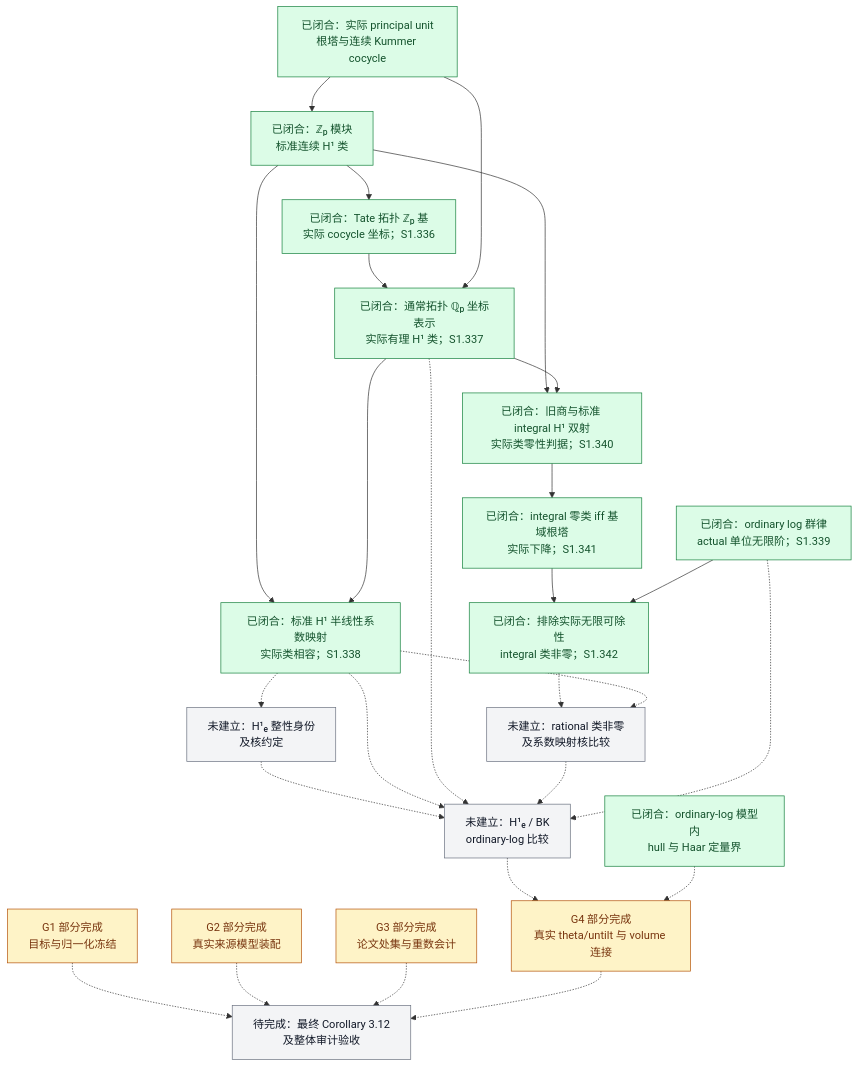
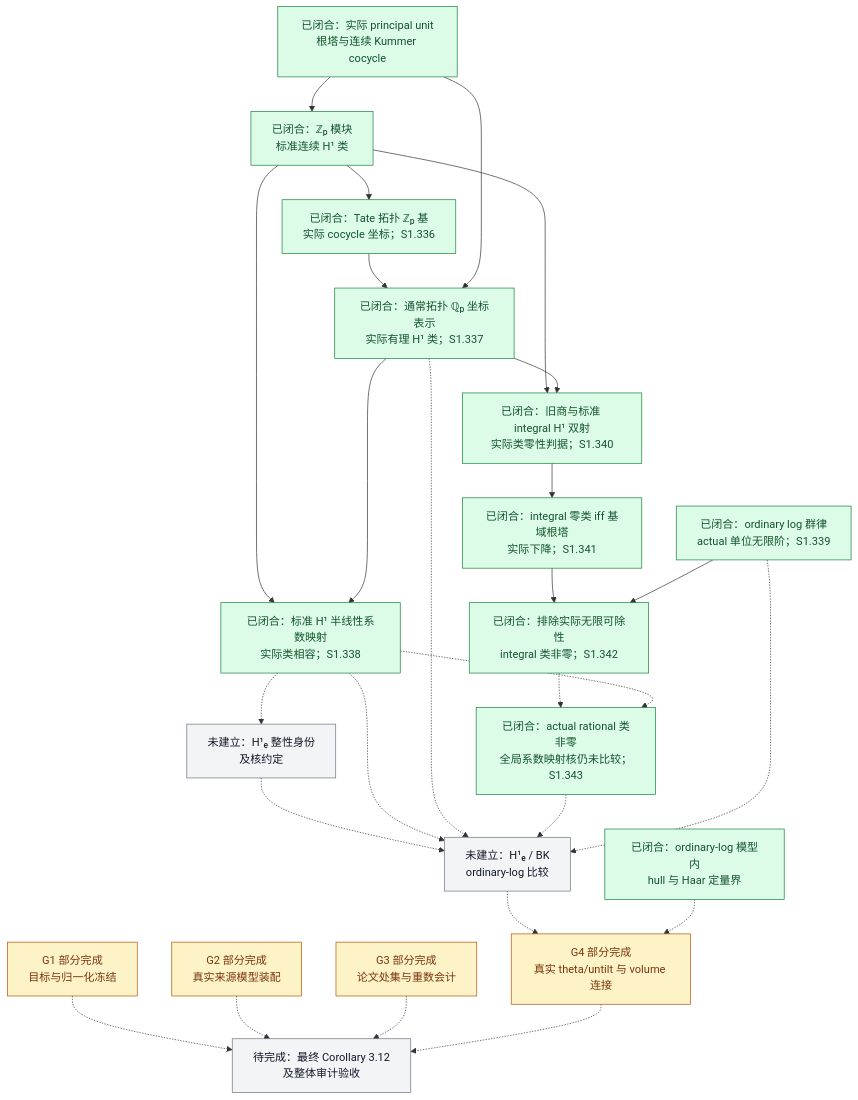
Before and after one commit to Ember-Institute/KirtiJoshi-abc: the diagram in docs/Scene1进度总览.md, drawn with Mermaid. The commit also changed other lines of this file and 4 other files, not shown here.

````diff
--- a/docs/Scene1进度总览.md
+++ b/docs/Scene1进度总览.md
@@ -75,54 +75,55 @@
 ```mermaid
 flowchart TD
     K["已闭合：实际 principal unit<br/>根塔与连续 Kummer cocycle"]
     Z["已闭合：ℤₚ 模块<br/>标准连续 H¹ 类"]
     T["已闭合：Tate 拓扑 ℤₚ 基<br/>实际 cocycle 坐标；S1.336"]
     Q["已闭合：通常拓扑 ℚₚ 坐标表示<br/>实际有理 H¹ 类；S1.337"]
     I["已闭合：标准 H¹ 半线性系数映射<br/>实际类相容；S1.338"]
     J["未建立：H¹ₑ 整性身份<br/>及核约定"]
     C0["已闭合：旧商与标准 integral H¹ 双射<br/>实际类零性判据；S1.340"]
     R0["已闭合：integral 零类 iff 基域根塔<br/>实际下降；S1.341"]
     N0["已闭合：排除实际无限可除性<br/>integral 类非零；S1.342"]
-    NQ["未建立：rational 类非零<br/>及系数映射核比较"]
+    NQ["已闭合：actual rational 类非零<br/>全局系数映射核仍未比较；S1.343"]
     B["未建立：H¹ₑ / BK<br/>ordinary-log 比较"]
     H["已闭合：ordinary-log 模型内<br/>hull 与 Haar 定量界"]
     L["已闭合：ordinary log 群律<br/>actual 单位无限阶；S1.339"]
     V["G4 部分完成<br/>真实 theta/untilt 与 volume 连接"]
     G1["G1 部分完成<br/>目标与归一化冻结"]
     G2["G2 部分完成<br/>真实来源模型装配"]
     G3["G3 部分完成<br/>论文处集与重数会计"]
     C["待完成：最终 Corollary 3.12<br/>及整体审计验收"]
 
     K --> Z
     Z --> T
     T --> Q
     K --> Q
     Z --> I
     Q --> I
     I -.-> J
     J -.-> B
     I -.-> B
     Q -.-> B
     Z --> C0
     Q --> C0
     C0 --> R0
     R0 --> N0
     L --> N0
     N0 -.-> NQ
     I -.-> NQ
     NQ -.-> B
     L -.-> B
     B -.-> V
     H -.-> V
     G1 -.-> C
     G2 -.-> C
     G3 -.-> C
     V -.-> C
 
     classDef done fill:#dcfce7,stroke:#15803d,color:#14532d;
     classDef partial fill:#fef3c7,stroke:#b45309,color:#78350f;
     classDef open fill:#f3f4f6,stroke:#6b7280,color:#111827;
     class K,Z,T,Q,H,I,L,C0,R0,N0 done;
     class G1,G2,G3,V partial;
-    class J,B,C,NQ open;
+    class J,B,C open;
+    class NQ done;
 ```
````
